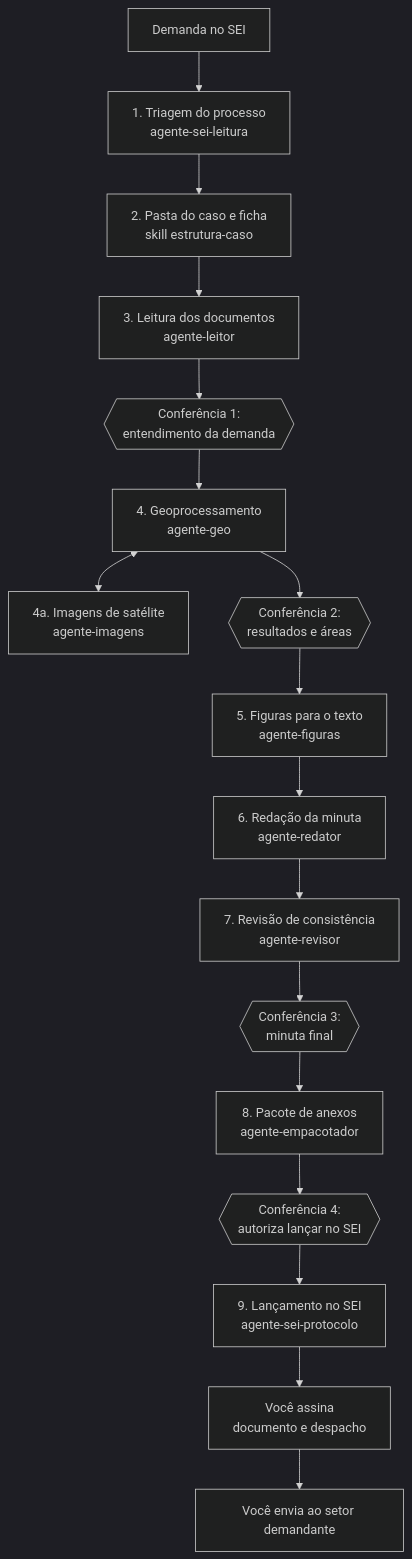
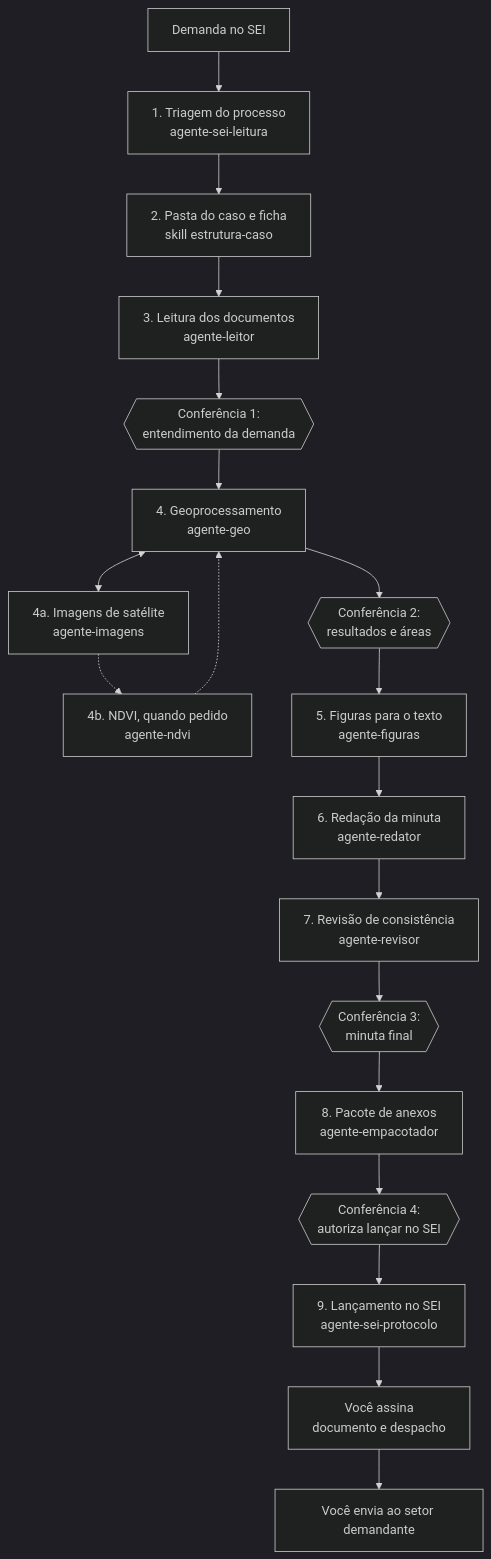
One commit to antoniozildomarpa/antoniozildomarpa changed the diagram in geoprocessamento/automacao-sei/PLANO.md. Above: the diagram before and after it, drawn with Mermaid (dark theme). The commit also changed other lines of this file and 22 other files, not shown here.

First line of the commit message:
Análise de NDVI: etapa, script, skill e agente

````diff
--- a/geoprocessamento/automacao-sei/PLANO.md
+++ b/geoprocessamento/automacao-sei/PLANO.md
@@ -19,19 +19,21 @@
 ```mermaid
 flowchart TD
     A[Demanda no SEI] --> B[1. Triagem do processo<br/>agente-sei-leitura]
     B --> C[2. Pasta do caso e ficha<br/>skill estrutura-caso]
     C --> D[3. Leitura dos documentos<br/>agente-leitor]
     D --> G1{{Conferência 1:<br/>entendimento da demanda}}
     G1 --> E[4. Geoprocessamento<br/>agente-geo]
     E <--> E2[4a. Imagens de satélite<br/>agente-imagens]
+    E2 -.-> E3[4b. NDVI, quando pedido<br/>agente-ndvi]
+    E3 -.-> E
     E --> G2{{Conferência 2:<br/>resultados e áreas}}
     G2 --> F[5. Figuras para o texto<br/>agente-figuras]
     F --> H[6. Redação da minuta<br/>agente-redator]
     H --> I[7. Revisão de consistência<br/>agente-revisor]
     I --> G3{{Conferência 3:<br/>minuta final}}
     G3 --> J[8. Pacote de anexos<br/>agente-empacotador]
     J --> G4{{Conferência 4:<br/>autoriza lançar no SEI}}
     G4 --> K[9. Lançamento no SEI<br/>agente-sei-protocolo]
     K --> L[Você assina<br/>documento e despacho]
     L --> M[Você envia ao setor demandante]
 ```
````
